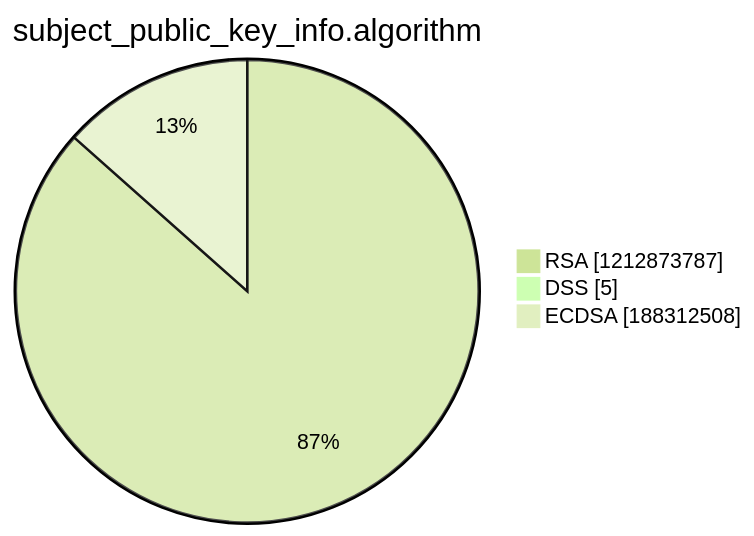
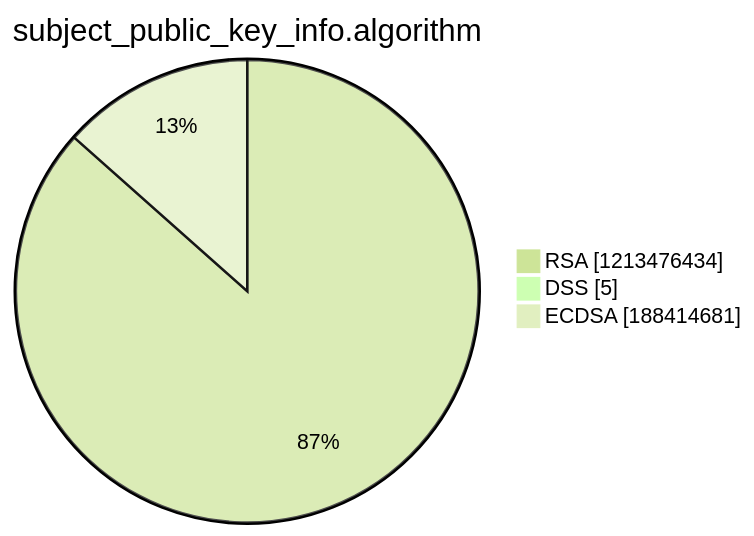
One commit to christiankrug/ctmonitor_visualization changed the third of 15 diagrams in argon2022/README.md. Above: the diagram before and after it, drawn with Mermaid (forest theme). The commit also changed other lines of this file, not shown here.

````diff
--- a/argon2022/README.md
+++ b/argon2022/README.md
@@ -14,7 +14,7 @@
 ```mermaid
 pie showData
 title subject_public_key_info.algorithm
-"RSA" :1212873787
+"RSA" :1213476434
 "DSS" :5
-"ECDSA" :188312508
+"ECDSA" :188414681
 ```
````
